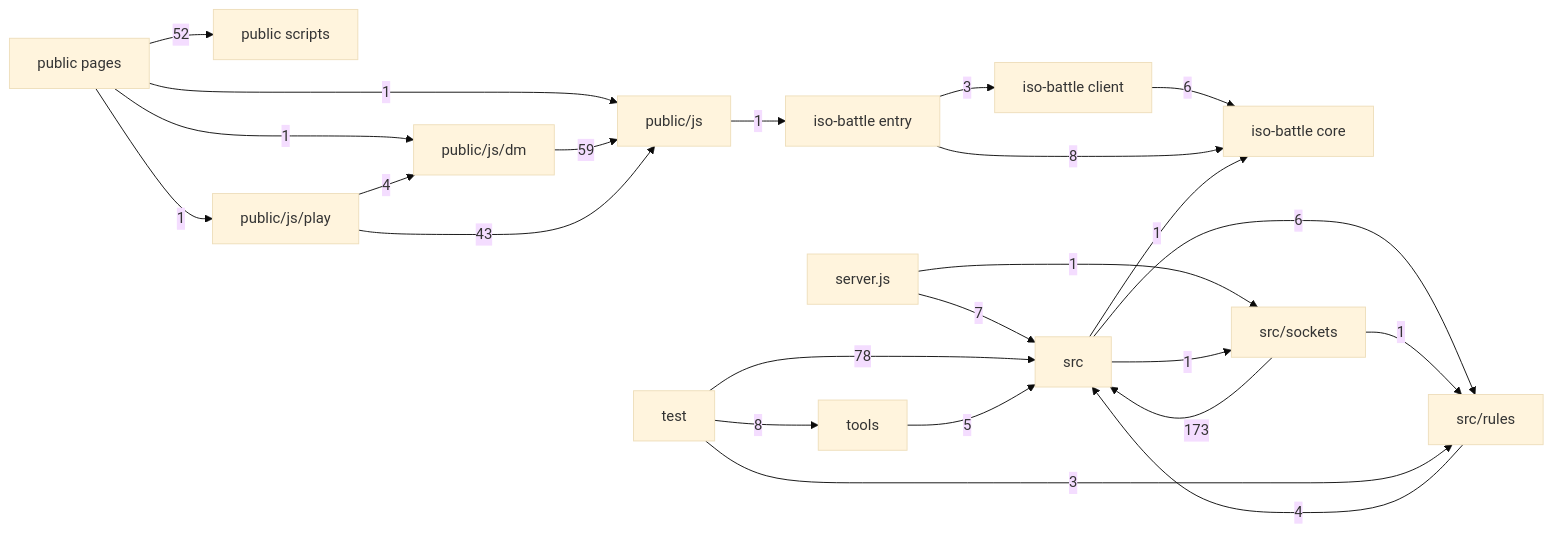
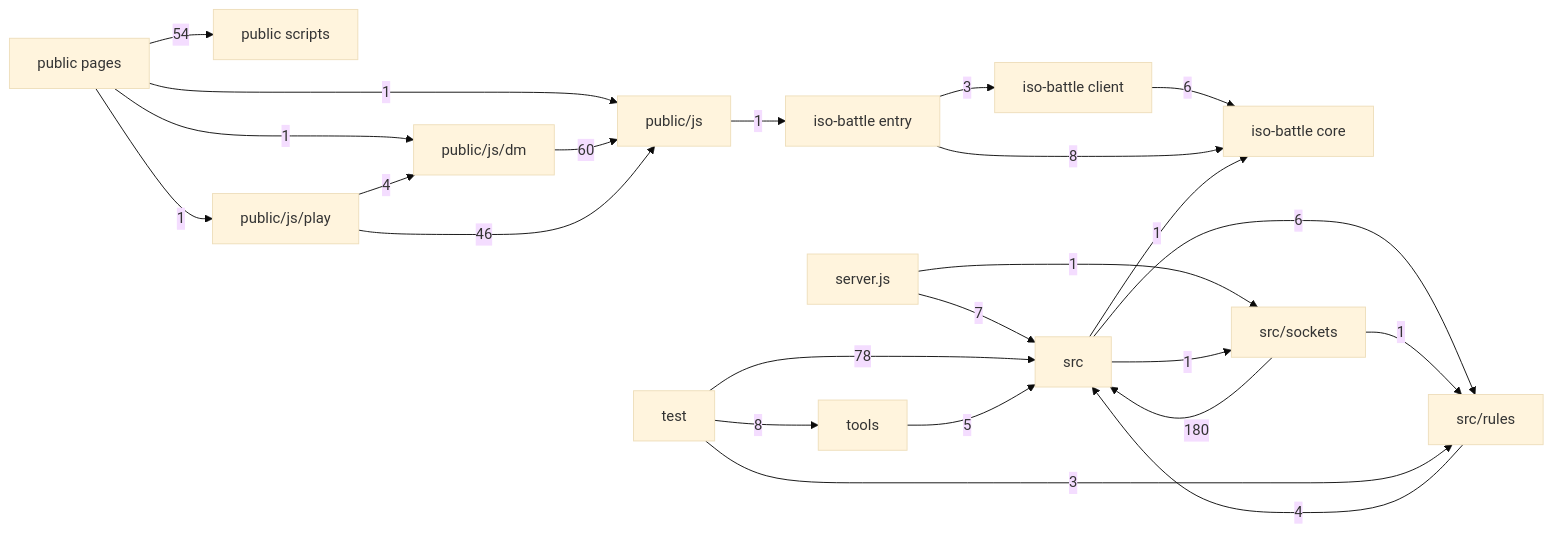
One commit to Greiye/TTRPG-Session-Tool changed the first of 7 diagrams in docs/module-graph.md. Above: the diagram before and after it, drawn with Mermaid (base theme). The commit also changed other lines of this file and 43 other files, not shown here.

````diff
--- a/docs/module-graph.md
+++ b/docs/module-graph.md
@@ -14,40 +14,40 @@
 ```mermaid
 flowchart LR
   n_a_iso_battle_client["iso-battle client"]
   n_a_iso_battle_core["iso-battle core"]
   n_a_iso_battle_entry["iso-battle entry"]
   n_a_public_pages["public pages"]
   n_a_public_scripts["public scripts"]
   n_a_public_js["public/js"]
   n_a_public_js_dm["public/js/dm"]
   n_a_public_js_play["public/js/play"]
   n_a_server_js["server.js"]
   n_a_src["src"]
   n_a_src_rules["src/rules"]
   n_a_src_sockets["src/sockets"]
   n_a_test["test"]
   n_a_tools["tools"]
   n_a_iso_battle_client -->|6| n_a_iso_battle_core
   n_a_iso_battle_entry -->|3| n_a_iso_battle_client
   n_a_iso_battle_entry -->|8| n_a_iso_battle_core
-  n_a_public_pages -->|52| n_a_public_scripts
+  n_a_public_pages -->|54| n_a_public_scripts
   n_a_public_pages -->|1| n_a_public_js
   n_a_public_pages -->|1| n_a_public_js_dm
   n_a_public_pages -->|1| n_a_public_js_play
   n_a_public_js -->|1| n_a_iso_battle_entry
-  n_a_public_js_dm -->|59| n_a_public_js
-  n_a_public_js_play -->|43| n_a_public_js
+  n_a_public_js_dm -->|60| n_a_public_js
+  n_a_public_js_play -->|46| n_a_public_js
   n_a_public_js_play -->|4| n_a_public_js_dm
   n_a_server_js -->|7| n_a_src
   n_a_server_js -->|1| n_a_src_sockets
   n_a_src -->|1| n_a_iso_battle_core
   n_a_src -->|6| n_a_src_rules
   n_a_src -->|1| n_a_src_sockets
   n_a_src_rules -->|4| n_a_src
-  n_a_src_sockets -->|173| n_a_src
+  n_a_src_sockets -->|180| n_a_src
   n_a_src_sockets -->|1| n_a_src_rules
   n_a_test -->|78| n_a_src
   n_a_test -->|3| n_a_src_rules
   n_a_test -->|8| n_a_tools
   n_a_tools -->|5| n_a_src
 ```
````
